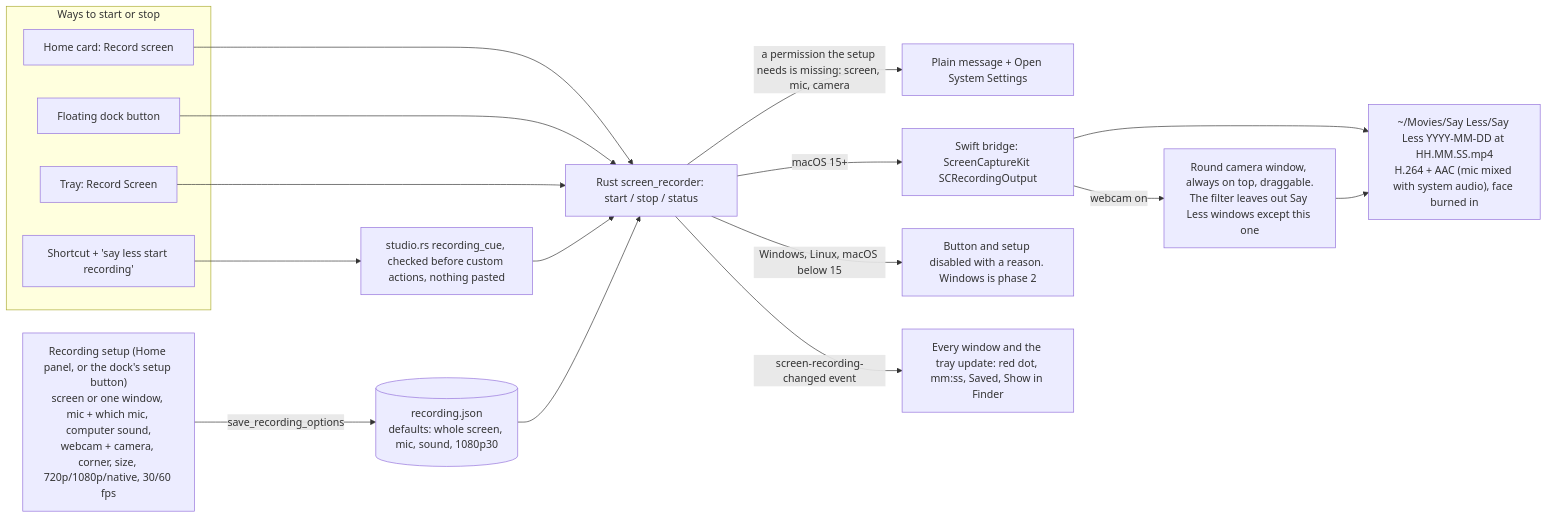
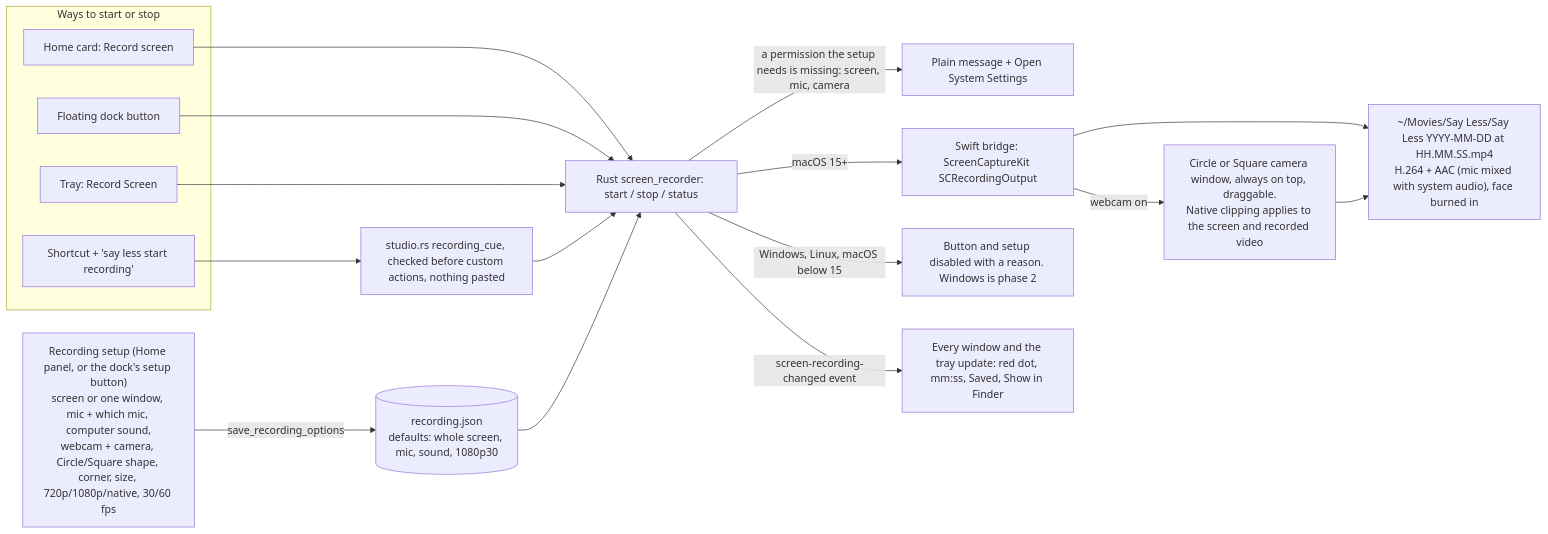
One commit to Dreydrey9000/say-less changed the diagram in docs/diagrams/screen-recording.mmd. Above: the diagram before and after it, drawn with Mermaid. The commit also changed 41 other files, not shown here.

Commit message:
feat: let users choose a square camera overlay

```diff
--- a/docs/diagrams/screen-recording.mmd
+++ b/docs/diagrams/screen-recording.mmd
@@ -1,22 +1,22 @@
 flowchart LR
     subgraph Start[Ways to start or stop]
         Home[Home card: Record screen]
         Dock[Floating dock button]
         Tray[Tray: Record Screen]
         Voice["Shortcut + 'say less start recording'"]
     end
-    Setup["Recording setup (Home panel, or the dock's setup button)<br/>screen or one window, mic + which mic, computer sound,<br/>webcam + camera, corner, size, 720p/1080p/native, 30/60 fps"]
+    Setup["Recording setup (Home panel, or the dock's setup button)<br/>screen or one window, mic + which mic, computer sound,<br/>webcam + camera, Circle/Square shape, corner, size, 720p/1080p/native, 30/60 fps"]
     Setup -->|save_recording_options| Store[(recording.json<br/>defaults: whole screen, mic, sound, 1080p30)]
     Voice --> Match[studio.rs recording_cue, checked before custom actions, nothing pasted]
     Home --> Cmd
     Dock --> Cmd
     Tray --> Cmd
     Match --> Cmd[Rust screen_recorder: start / stop / status]
     Store --> Cmd
     Cmd -->|a permission the setup needs is missing: screen, mic, camera| Denied[Plain message + Open System Settings]
     Cmd -->|macOS 15+| Swift[Swift bridge: ScreenCaptureKit SCRecordingOutput]
-    Swift -->|webcam on| Bubble[Round camera window, always on top, draggable.<br/>The filter leaves out Say Less windows except this one]
+    Swift -->|webcam on| Bubble[Circle or Square camera window, always on top, draggable.<br/>Native clipping applies to the screen and recorded video]
     Cmd -->|Windows, Linux, macOS below 15| Off[Button and setup disabled with a reason. Windows is phase 2]
     Swift --> File["~/Movies/Say Less/Say Less YYYY-MM-DD at HH.MM.SS.mp4<br/>H.264 + AAC (mic mixed with system audio), face burned in"]
     Bubble --> File
     Cmd -->|screen-recording-changed event| UI[Every window and the tray update: red dot, mm:ss, Saved, Show in Finder]
```
